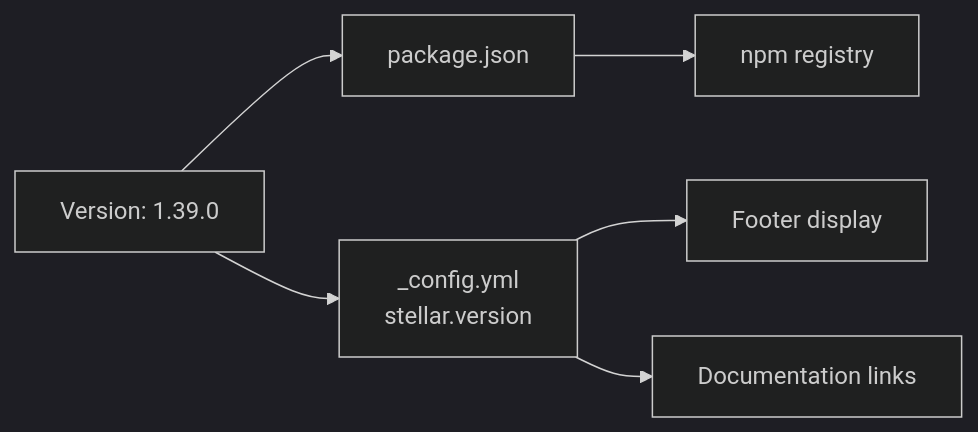
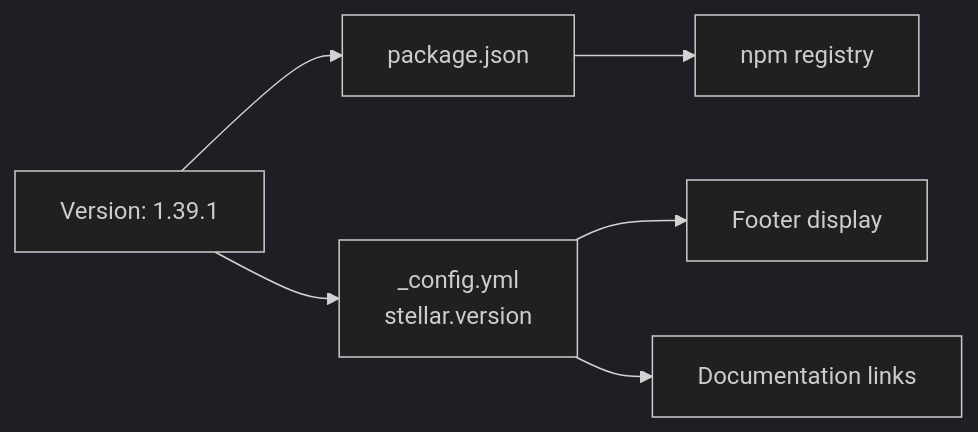
Before and after one commit to penndu/hexo: the fifth of 5 diagrams in themes/stellar/docs/knowledge/00-总览与安装配置/installation.md, drawn with Mermaid (dark theme). The commit also changed other lines of this file and 37 other files, not shown here.

````diff
--- a/themes/stellar/docs/knowledge/00-总览与安装配置/installation.md
+++ b/themes/stellar/docs/knowledge/00-总览与安装配置/installation.md
@@ -373,14 +373,14 @@
 ```mermaid
 graph LR
-    VER["Version: 1.39.0"]
+    VER["Version: 1.39.1"]
     
     PKG["package.json"]
     CONFIG["_config.yml<br/>stellar.version"]
     
     VER --> PKG
     VER --> CONFIG
     
     PKG --> NPM["npm registry"]
     CONFIG --> FOOTER["Footer display"]
     CONFIG --> DOCS["Documentation links"]
 ```
````
